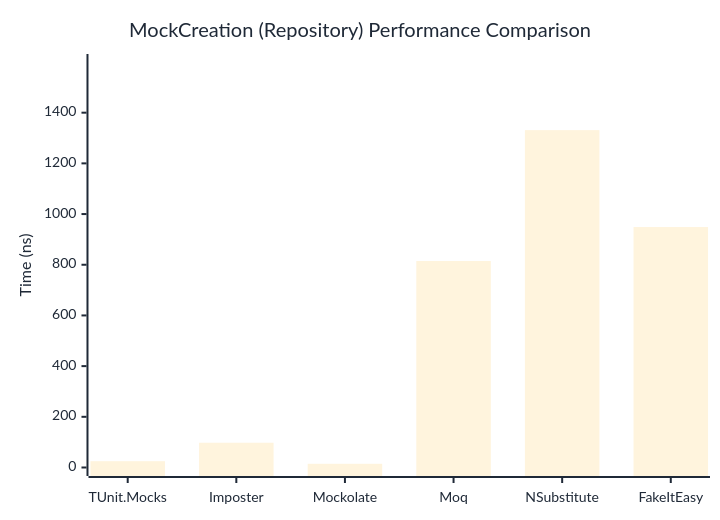
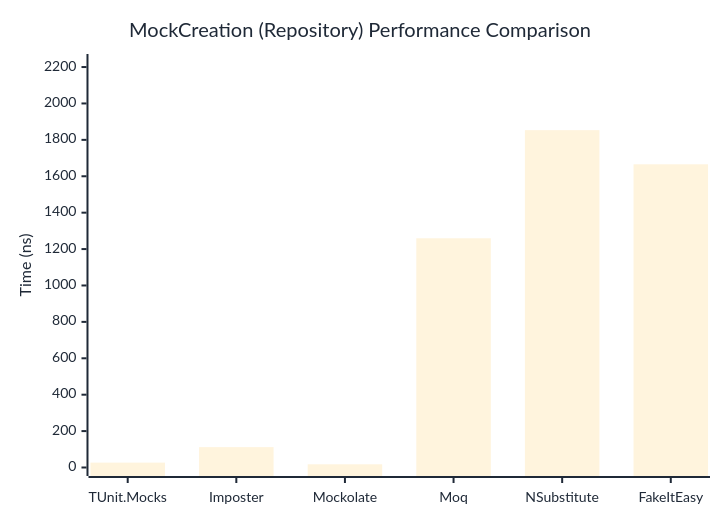
Before and after one commit to thomhurst/TUnit: the second of 2 diagrams in docs/docs/benchmarks/mocks/MockCreation.md, drawn with Mermaid. The commit also changed other lines of this file and 14 other files, not shown here.

````diff
--- a/docs/docs/benchmarks/mocks/MockCreation.md
+++ b/docs/docs/benchmarks/mocks/MockCreation.md
@@ -71,27 +71,27 @@
 ```mermaid
 %%{init: {
   'theme':'base',
   'themeVariables': {
     'primaryColor': '#2563eb',
     'primaryTextColor': '#1f2937',
     'primaryBorderColor': '#1e40af',
     'lineColor': '#6b7280',
     'secondaryColor': '#7c3aed',
     'tertiaryColor': '#dc2626',
     'background': '#ffffff',
     'pie1': '#2563eb',
     'pie2': '#7c3aed',
     'pie3': '#dc2626',
     'pie4': '#f59e0b',
     'pie5': '#10b981',
     'pie6': '#06b6d4',
     'pie7': '#ec4899',
     'pie8': '#6366f1'
   }
 }}%%
 xychart-beta
   title "MockCreation (Repository) Performance Comparison"
   x-axis ["TUnit.Mocks", "Imposter", "Mockolate", "Moq", "NSubstitute", "FakeItEasy"]
-  y-axis "Time (ns)" 0 --> 1598
-  bar [24.87, 97.7, 14.69, 814.83, 1331.13, 948.71]
+  y-axis "Time (ns)" 0 --> 2225
+  bar [26.87, 111.92, 17.6, 1259.36, 1853.36, 1665.7]
 ```
````
